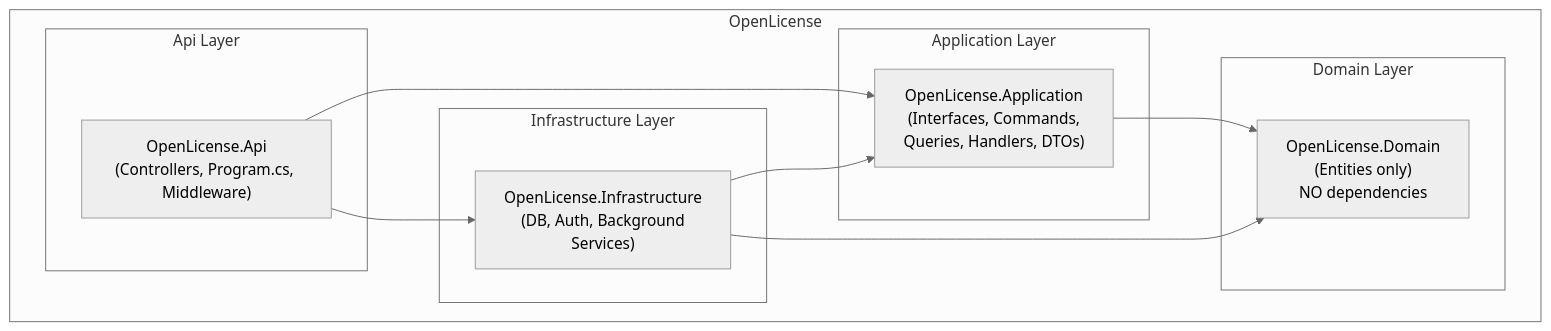
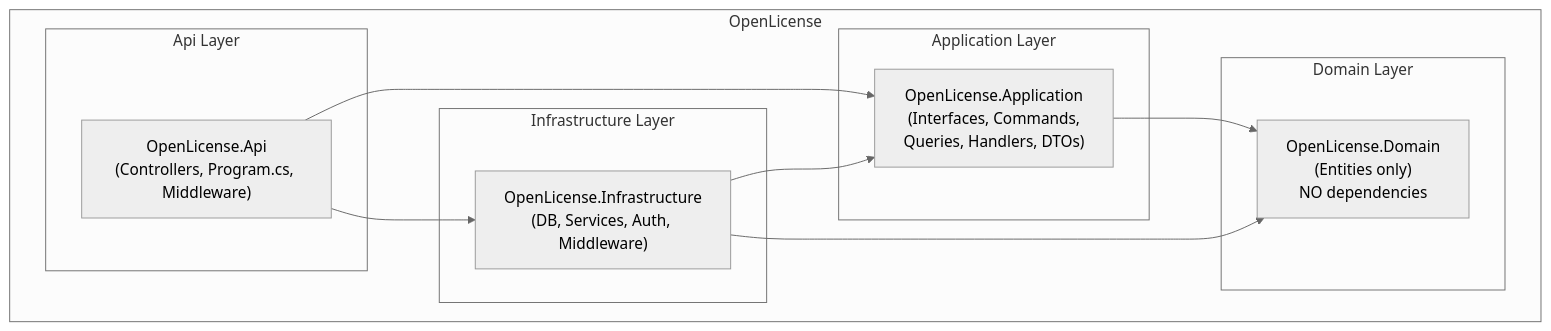
Before and after one commit to Merctxt/OpenLicense: the first of 3 diagrams in docs/01-architecture/overview.md, drawn with Mermaid (neutral theme). The commit also changed other lines of this file and 4 other files, not shown here.

````diff
--- a/docs/01-architecture/overview.md
+++ b/docs/01-architecture/overview.md
@@ -9,34 +9,34 @@
 ```mermaid
 graph TD
     subgraph "OpenLicense"
         subgraph "Api Layer"
             Api["OpenLicense.Api\n(Controllers, Program.cs, Middleware)"]
         end
         subgraph "Application Layer"
             App["OpenLicense.Application\n(Interfaces, Commands,\nQueries, Handlers, DTOs)"]
         end
         subgraph "Domain Layer"
             Domain["OpenLicense.Domain\n(Entities only)\nNO dependencies"]
         end
         subgraph "Infrastructure Layer"
-            Infra["OpenLicense.Infrastructure\n(DB, Auth, Background\nServices)"]
+            Infra["OpenLicense.Infrastructure\n(DB, Services, Auth, Middleware)"]
         end
     end
 
     Api --> App
     Api --> Infra
     App --> Domain
     Infra --> App
     Infra --> Domain
 
     classDef api fill:#e1f5fe,stroke:#01579b
     classDef app fill:#fff3e0,stroke:#e65100
     classDef domain fill:#e8f5e9,stroke:#1b5e20
     classDef infra fill:#f3e5f5,stroke:#4a148c
     classDef nodetext color:#333;
 
     class Api api,nodetext
     class App app,nodetext
     class Domain domain,nodetext
     class Infra infra,nodetext
 ```
````
